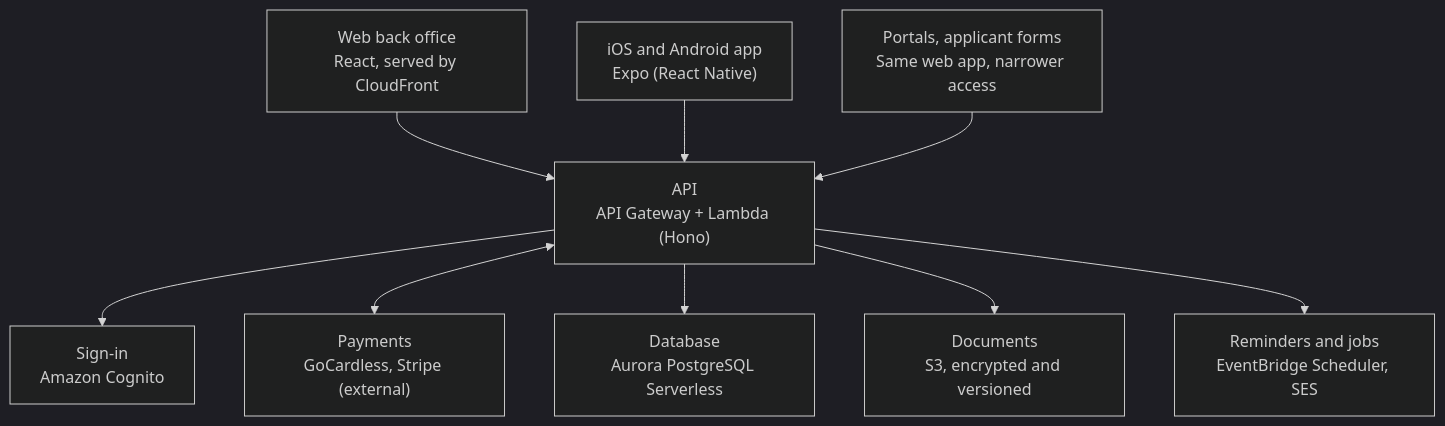
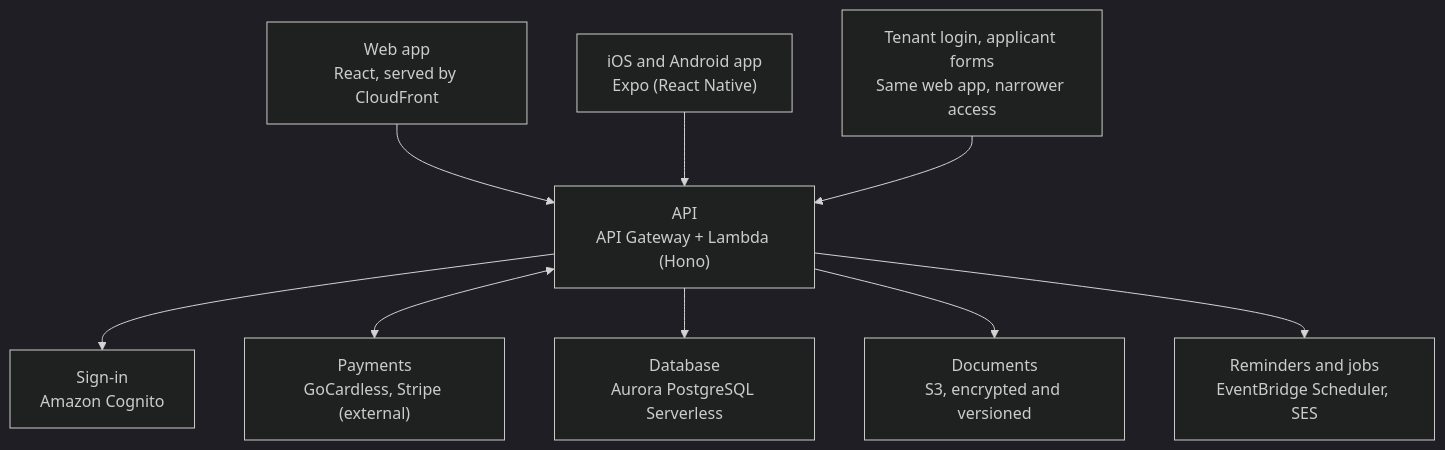
Before and after one commit to Hassanajaz/property-management: the diagram in docs/DESIGN.md, drawn with Mermaid (dark theme). The commit also changed other lines of this file and 31 other files, not shown here.

````diff
--- a/docs/DESIGN.md
+++ b/docs/DESIGN.md
@@ -145,11 +141,11 @@
 ```mermaid
 flowchart TD
-  web["Web back office<br/>React, served by CloudFront"] --> api
+  web["Web app<br/>React, served by CloudFront"] --> api
   mobile["iOS and Android app<br/>Expo (React Native)"] --> api
-  portals["Portals, applicant forms<br/>Same web app, narrower access"] --> api
+  portals["Tenant login, applicant forms<br/>Same web app, narrower access"] --> api
   api["API<br/>API Gateway + Lambda (Hono)"] --> signin["Sign-in<br/>Amazon Cognito"]
   api <--> payments["Payments<br/>GoCardless, Stripe (external)"]
   api --> db["Database<br/>Aurora PostgreSQL Serverless"]
   api --> docs["Documents<br/>S3, encrypted and versioned"]
   api --> jobs["Reminders and jobs<br/>EventBridge Scheduler, SES"]
 ```
````
